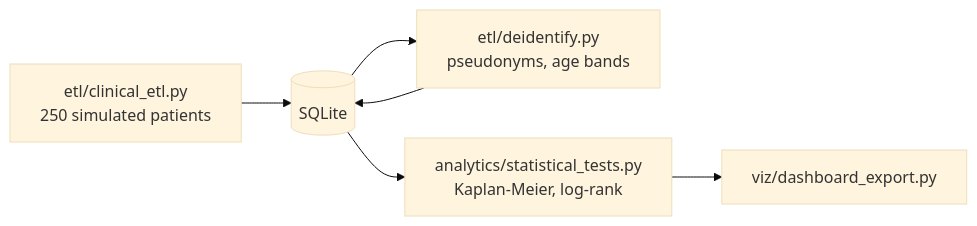
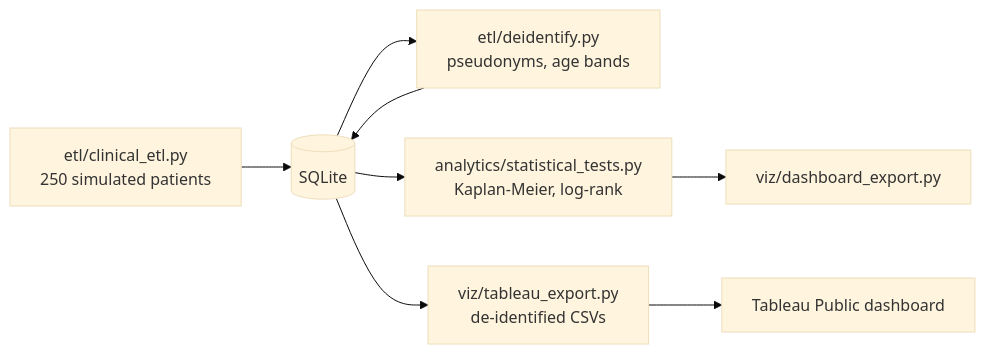
Before and after one commit to Deshraj-Jogiya/Clinical-Trials-Outcomes-Analysis: the diagram in README.md, drawn with Mermaid (base theme). The commit also changed other lines of this file and 6 other files, not shown here.

First line of the commit message:
Export de-identified outcomes, Kaplan-Meier curves and log-rank results for Tableau

````diff
--- a/README.md
+++ b/README.md
@@ -18,7 +19,8 @@
 ```mermaid
 flowchart LR
     E[etl/clinical_etl.py<br/>250 simulated patients] --> DB[(SQLite)]
     DB --> D[etl/deidentify.py<br/>pseudonyms, age bands] --> DB
     DB --> S[analytics/statistical_tests.py<br/>Kaplan-Meier, log-rank]
     S --> V[viz/dashboard_export.py]
+    DB --> T[viz/tableau_export.py<br/>de-identified CSVs] --> TP[Tableau Public dashboard]
 ```
````
